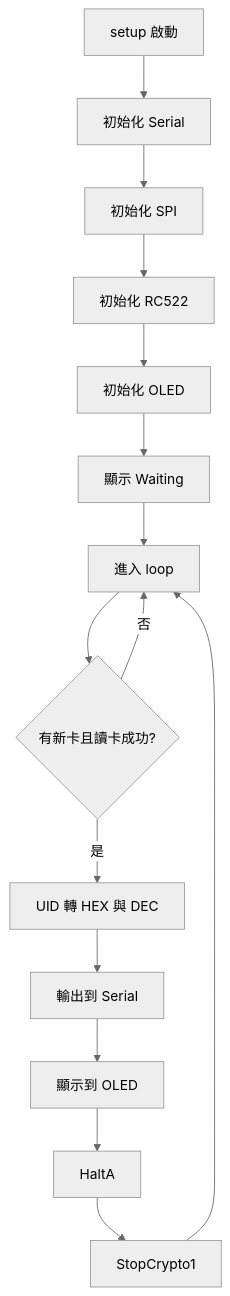
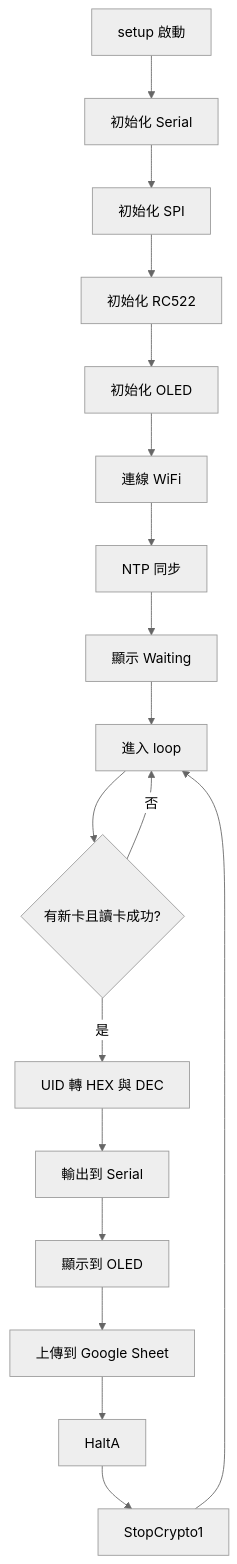
Before and after one commit to chiangyih/RFID-RC522_esp32: the diagram in README.md, drawn with Mermaid (neutral theme). The commit also changed other lines of this file and 4 other files, not shown here.

````diff
--- a/README.md
+++ b/README.md
@@ -123,18 +134,21 @@
 ```mermaid
 flowchart TD
 	A[setup 啟動] --> B[初始化 Serial]
 	B --> C[初始化 SPI]
 	C --> D[初始化 RC522]
 	D --> E[初始化 OLED]
-	E --> F[顯示 Waiting]
-	F --> G[進入 loop]
+	E --> F[連線 WiFi]
+	F --> G[NTP 同步]
+	G --> H[顯示 Waiting]
+	H --> I[進入 loop]
 
-	G --> H{有新卡且讀卡成功?}
-	H -- 否 --> G
-	H -- 是 --> I[UID 轉 HEX 與 DEC]
-	I --> J[輸出到 Serial]
-	J --> K[顯示到 OLED]
-	K --> L[HaltA]
-	L --> M[StopCrypto1]
-	M --> G
+	I --> J{有新卡且讀卡成功?}
+	J -- 否 --> I
+	J -- 是 --> K[UID 轉 HEX 與 DEC]
+	K --> L[輸出到 Serial]
+	L --> M[顯示到 OLED]
+	M --> N[上傳到 Google Sheet]
+	N --> O[HaltA]
+	O --> P[StopCrypto1]
+	P --> I
 ```
````
